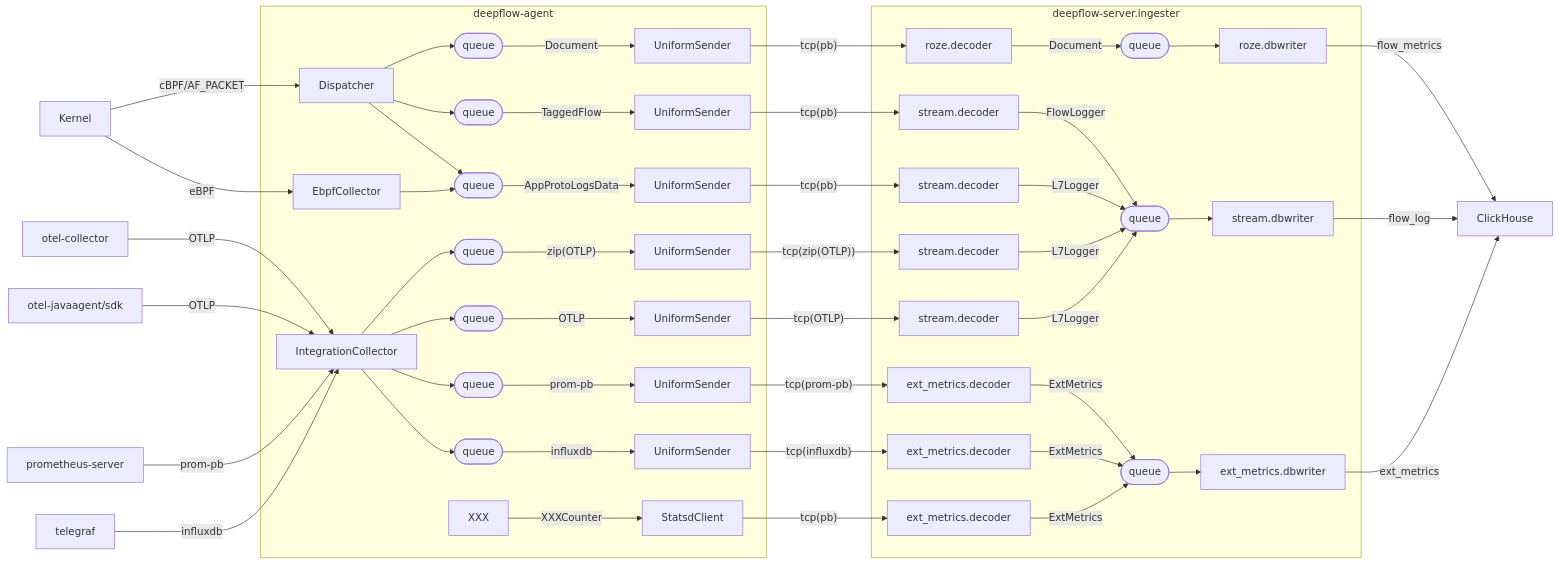
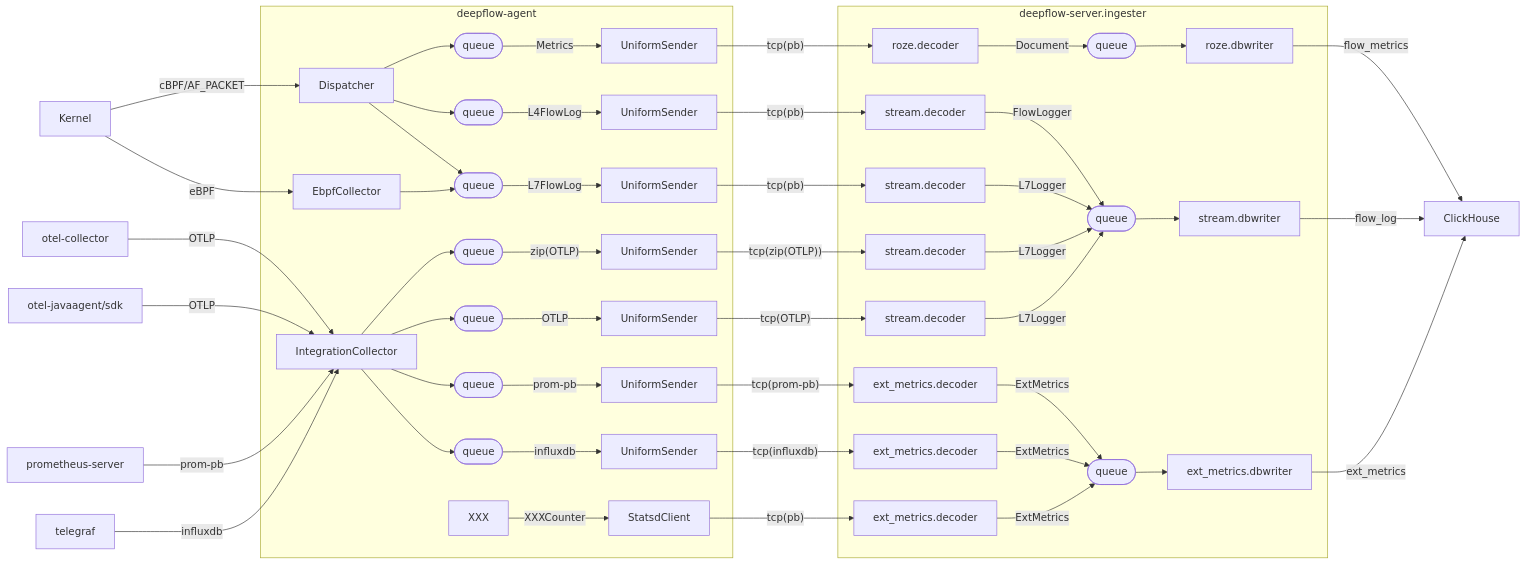
The first of 3 diagrams in docs/design/data-flow.md (deepflowio/deepflow), drawn with Mermaid before and after one commit. The commit also changed other lines of this file, not shown here.

Commit message:
[Document] fix bugs in data-flow chart

````diff
--- a/docs/design/data-flow.md
+++ b/docs/design/data-flow.md
@@ -5,66 +5,66 @@
 ```mermaid
 flowchart LR
 
 subgraph deepflow-agent
   Dispatcher
   EbpfCollector
   IntegrationCollector
   XXX
   StatsdClient
   agent.queue.1(["queue"])
   agent.queue.2(["queue"])
   agent.queue.3(["queue"])
   agent.queue.4(["queue"])
   agent.queue.5(["queue"])
   agent.queue.6(["queue"])
   agent.queue.7(["queue"])
   UniformSender.1["UniformSender"]
   UniformSender.2["UniformSender"]
   UniformSender.3["UniformSender"]
   UniformSender.4["UniformSender"]
   UniformSender.5["UniformSender"]
   UniformSender.6["UniformSender"]
   UniformSender.7["UniformSender"]
 end
 
 subgraph deepflow-server.ingester
   roze.decoder
   stream.decoder.1["stream.decoder"]
   stream.decoder.2["stream.decoder"]
   stream.decoder.3["stream.decoder"]
   stream.decoder.4["stream.decoder"]
   ext_metrics.decoder.1["ext_metrics.decoder"]
   ext_metrics.decoder.2["ext_metrics.decoder"]
   ext_metrics.decoder.3["ext_metrics.decoder"]
   ingester.queue.1(["queue"])
   ingester.queue.2(["queue"])
   ingester.queue.3(["queue"])
   roze.dbwriter
   stream.dbwriter
   ext_metrics.dbwriter
 end
 
 Kernel -->|cBPF/AF_PACKET| Dispatcher
-Dispatcher --> agent.queue.1 -->|Document| UniformSender.1 -->|"tcp(pb)"| roze.decoder -->|Document| ingester.queue.1 --> roze.dbwriter
-Dispatcher --> agent.queue.2 -->|TaggedFlow| UniformSender.2 -->|"tcp(pb)"| stream.decoder.1 -->|FlowLogger| ingester.queue.2 --> stream.dbwriter
-Dispatcher --> agent.queue.3 -->|AppProtoLogsData| UniformSender.3 -->|"tcp(pb)"| stream.decoder.2 -->|L7Logger| ingester.queue.2
+Dispatcher --> agent.queue.1 -->|Metrics| UniformSender.1 -->|"tcp(pb)"| roze.decoder -->|Document| ingester.queue.1 --> roze.dbwriter
+Dispatcher --> agent.queue.2 -->|L4FlowLog| UniformSender.2 -->|"tcp(pb)"| stream.decoder.1 -->|FlowLogger| ingester.queue.2 --> stream.dbwriter
+Dispatcher --> agent.queue.3 -->|L7FlowLog| UniformSender.3 -->|"tcp(pb)"| stream.decoder.2 -->|L7Logger| ingester.queue.2
 
 Kernel -->|eBPF| EbpfCollector
 EbpfCollector --> agent.queue.3
 
 otel-collector -->|OTLP| IntegrationCollector
 otel-javaagent/sdk -->|OTLP| IntegrationCollector
 IntegrationCollector --> agent.queue.4 -->|"zip(OTLP)"| UniformSender.4 -->|"tcp(zip(OTLP))"| stream.decoder.3 -->|L7Logger| ingester.queue.2
 IntegrationCollector --> agent.queue.5 -->|OTLP| UniformSender.5 -->|"tcp(OTLP)"| stream.decoder.4 -->|L7Logger| ingester.queue.2
 
 prometheus-server -->|prom-pb| IntegrationCollector
 telegraf -->|influxdb| IntegrationCollector
 IntegrationCollector --> agent.queue.6 -->|prom-pb| UniformSender.6 -->|"tcp(prom-pb)"| ext_metrics.decoder.1 -->|ExtMetrics| ingester.queue.3 --> ext_metrics.dbwriter
 IntegrationCollector --> agent.queue.7 -->|influxdb| UniformSender.7 -->|"tcp(influxdb)"| ext_metrics.decoder.2 -->|ExtMetrics| ingester.queue.3
 
 XXX -->|XXXCounter| StatsdClient -->|"tcp(pb)"| ext_metrics.decoder.3 -->|ExtMetrics| ingester.queue.3
 
 roze.dbwriter -->|flow_metrics| ClickHouse
 stream.dbwriter -->|flow_log| ClickHouse
 ext_metrics.dbwriter -->|ext_metrics| ClickHouse
 ```
````
